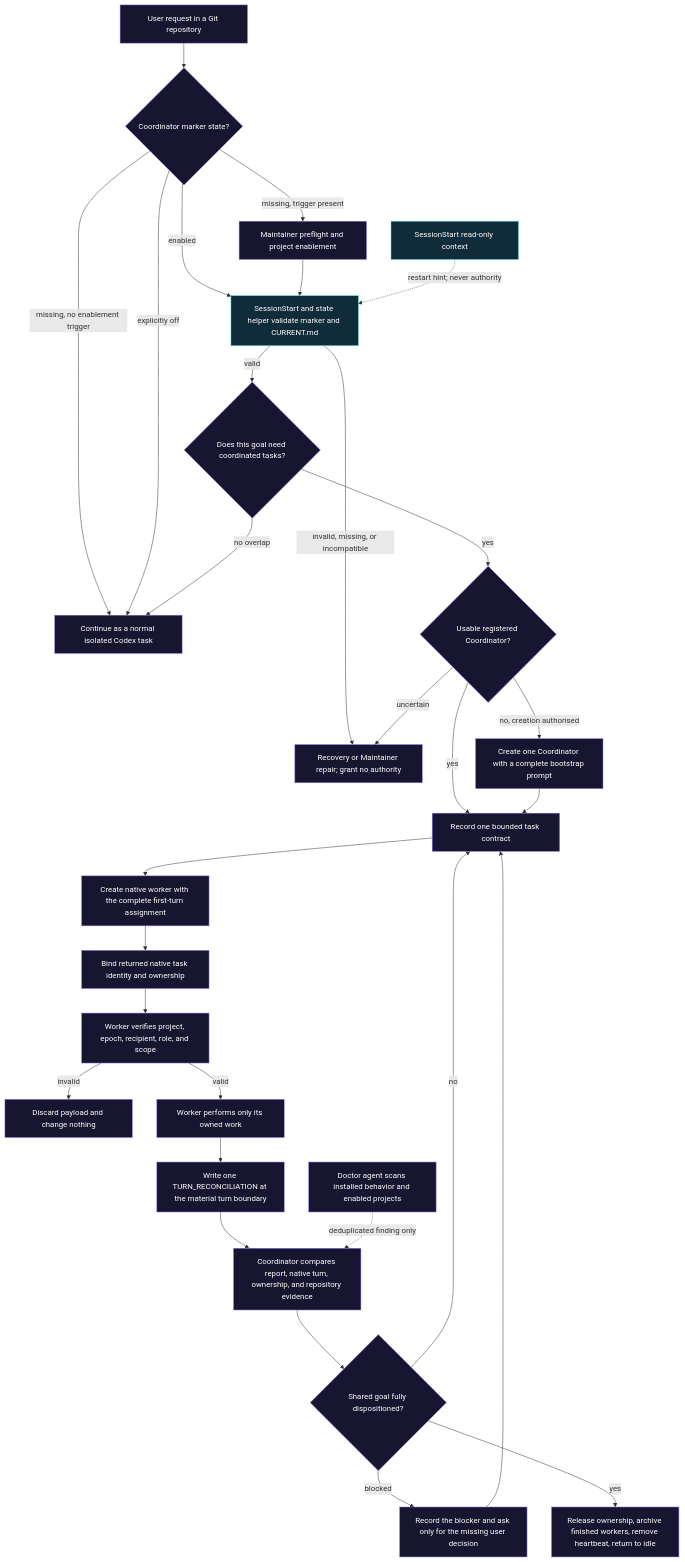
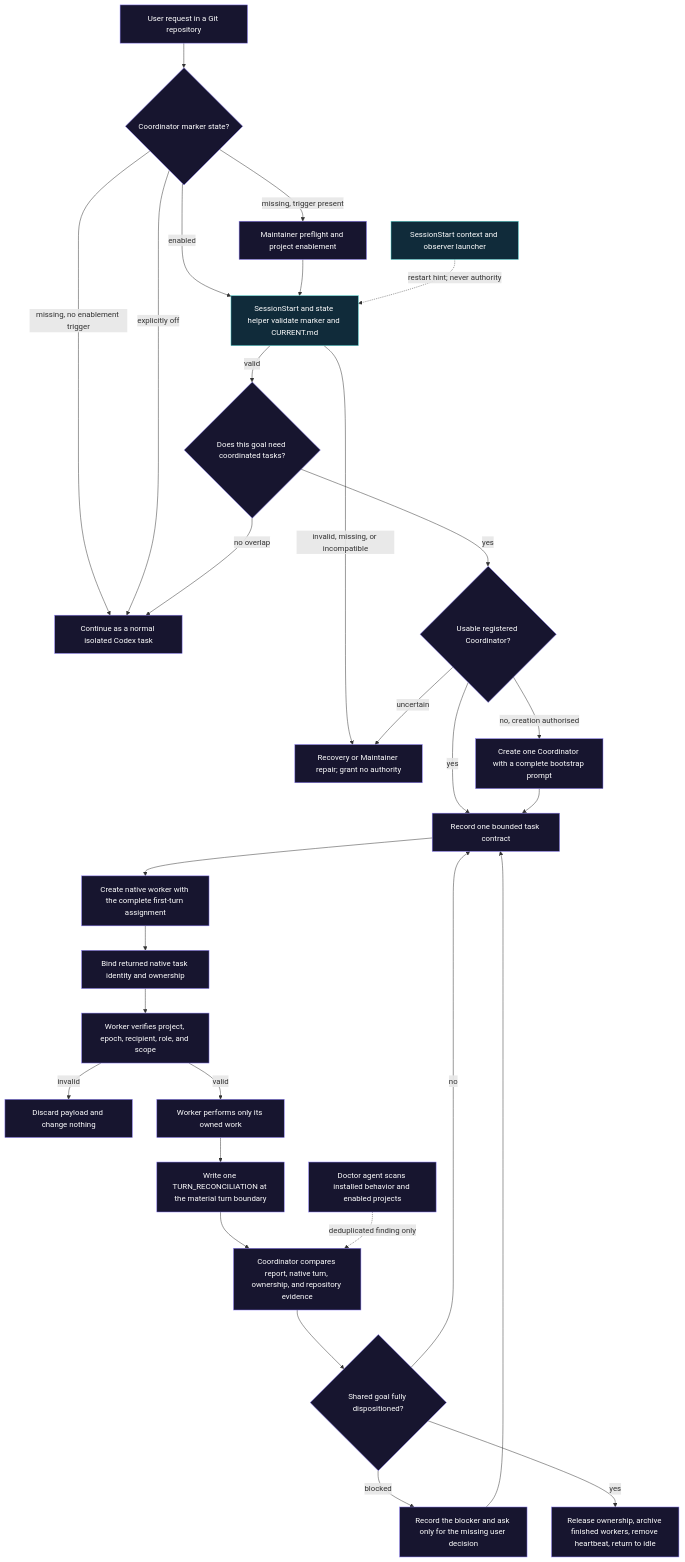
Before and after one commit to eyeinthesky6/codex-coordinator: the diagram in docs/codebase/ARCHITECTURE.md, drawn with Mermaid. The commit also changed other lines of this file and 42 other files, not shown here.

````diff
--- a/docs/codebase/ARCHITECTURE.md
+++ b/docs/codebase/ARCHITECTURE.md
@@ -9,39 +9,39 @@
 ```mermaid
 flowchart TD
     request["User request in a Git repository"] --> marker{"Coordinator marker state?"}
     marker -->|"missing, no enablement trigger"| direct["Continue as a normal isolated Codex task"]
     marker -->|"explicitly off"| direct
     marker -->|"missing, trigger present"| install["Maintainer preflight and project enablement"]
     marker -->|"enabled"| stateCheck["SessionStart and state helper validate marker and CURRENT.md"]
     install --> stateCheck
 
     stateCheck -->|"invalid, missing, or incompatible"| repair["Recovery or Maintainer repair; grant no authority"]
     stateCheck -->|"valid"| coordination{"Does this goal need coordinated tasks?"}
     coordination -->|"no overlap"| direct
     coordination -->|"yes"| coordinator{"Usable registered Coordinator?"}
     coordinator -->|"uncertain"| repair
     coordinator -->|"no, creation authorised"| bootstrap["Create one Coordinator with a complete bootstrap prompt"]
     coordinator -->|"yes"| contract["Record one bounded task contract"]
     bootstrap --> contract
 
     contract --> create["Create native worker with the complete first-turn assignment"]
     create --> bind["Bind returned native task identity and ownership"]
     bind --> routeCheck["Worker verifies project, epoch, recipient, role, and scope"]
     routeCheck -->|"invalid"| discard["Discard payload and change nothing"]
     routeCheck -->|"valid"| work["Worker performs only its owned work"]
     work --> report["Write one TURN_RECONCILIATION at the material turn boundary"]
     report --> reconcile["Coordinator compares report, native turn, ownership, and repository evidence"]
     reconcile --> terminal{"Shared goal fully dispositioned?"}
     terminal -->|"no"| contract
     terminal -->|"blocked"| decision["Record the blocker and ask only for the missing user decision"]
     decision --> contract
     terminal -->|"yes"| finish["Release ownership, archive finished workers, remove heartbeat, return to idle"]
 
     doctor["Doctor agent scans installed behavior and enabled projects"] -. "deduplicated finding only" .-> reconcile
-    hook["SessionStart read-only context"] -. "restart hint; never authority" .-> stateCheck
+    hook["SessionStart context and observer launcher"] -. "restart hint; never authority" .-> stateCheck
 
     classDef instruction fill:#17152f,stroke:#8b7cf6,color:#ffffff;
     classDef executable fill:#102b3a,stroke:#56d6d2,color:#ffffff;
     class request,marker,direct,install,repair,coordination,coordinator,bootstrap,contract,create,bind,routeCheck,discard,work,report,reconcile,terminal,decision,finish,doctor instruction;
     class stateCheck,hook executable;
 ```
````
